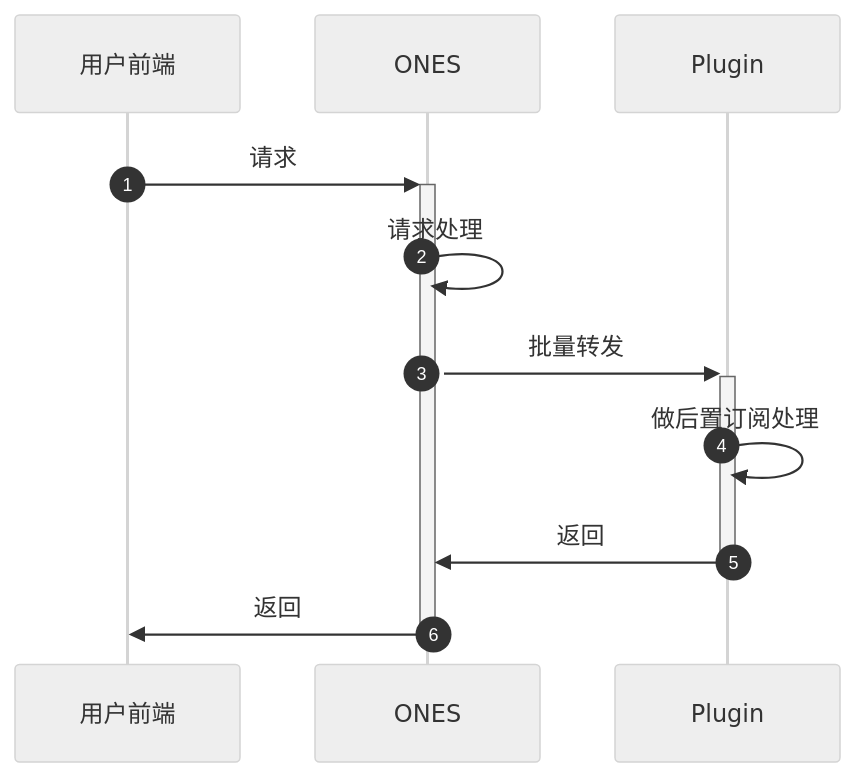
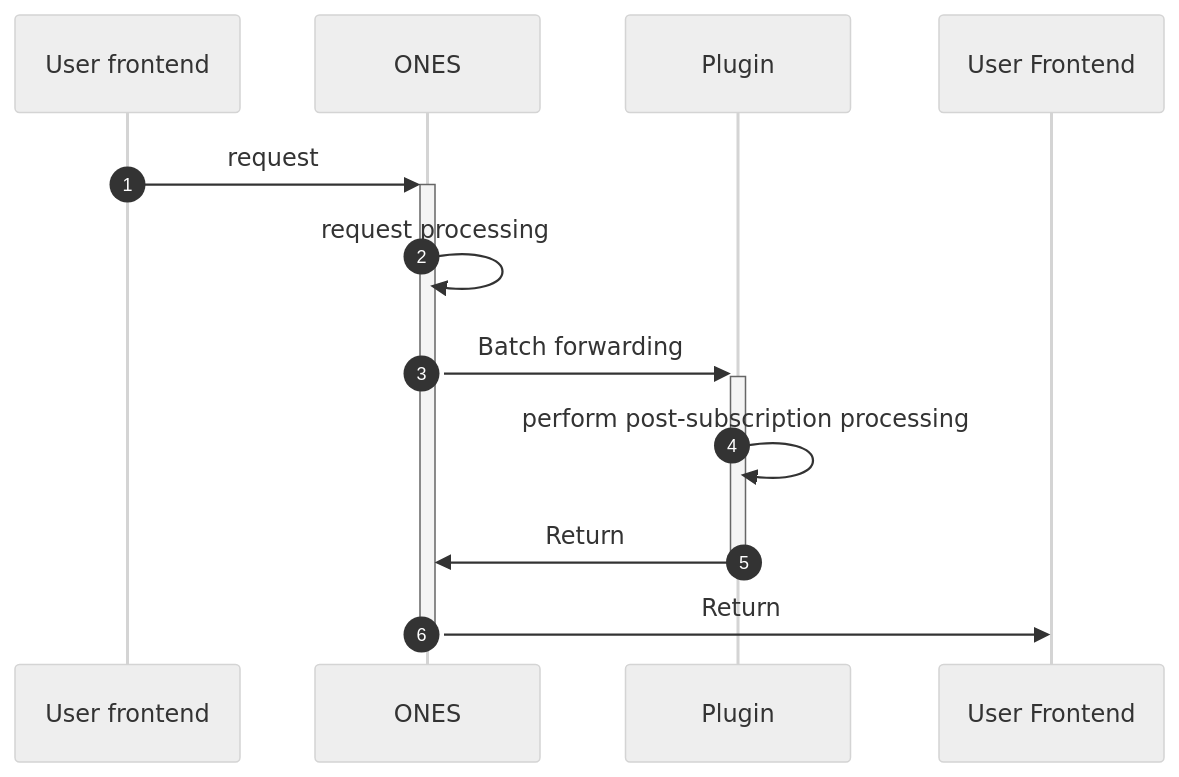
One commit to run-nan/open-docs changed the diagram in docs/abilities/business/ONES-API/ONES-API-subscribe.md. Above: the diagram before and after it, drawn with Mermaid (neutral theme). The commit also changed other lines of this file and 3 other files, not shown here.

````diff
--- a/docs/abilities/business/ONES-API/ONES-API-subscribe.md
+++ b/docs/abilities/business/ONES-API/ONES-API-subscribe.md
@@ -30,10 +30,10 @@
 ```mermaid
 sequenceDiagram
-    autonumber
-    用户前端->>+ONES: 请求
-    ONES->>ONES: 请求处理
-    ONES->>+Plugin: 批量转发
-    Plugin->>Plugin: 做后置订阅处理
-    Plugin->>-ONES: 返回
-    ONES->>-用户前端: 返回
+     autonumber
+     User frontend->>+ONES: request
+     ONES->>ONES: request processing
+     ONES->>+Plugin: Batch forwarding
+     Plugin->>Plugin: perform post-subscription processing
+     Plugin->>-ONES: Return
+     ONES->>-User Frontend: Return
 ```
````
